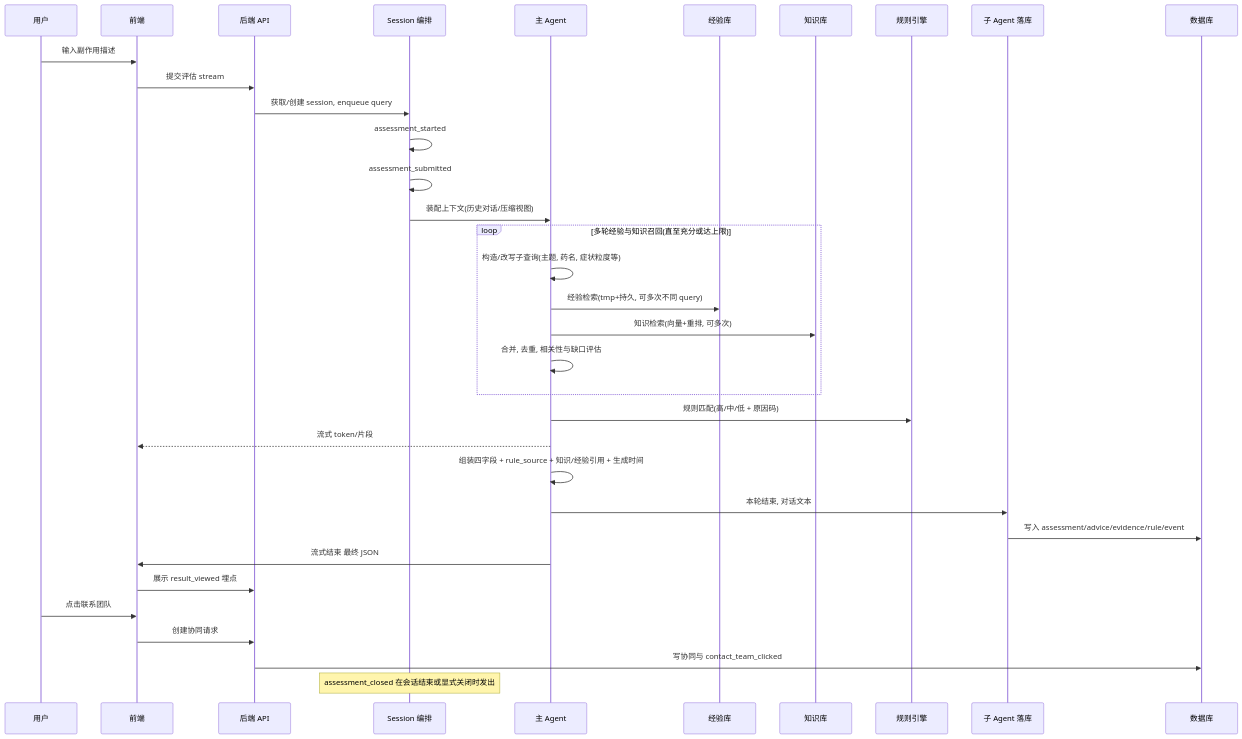
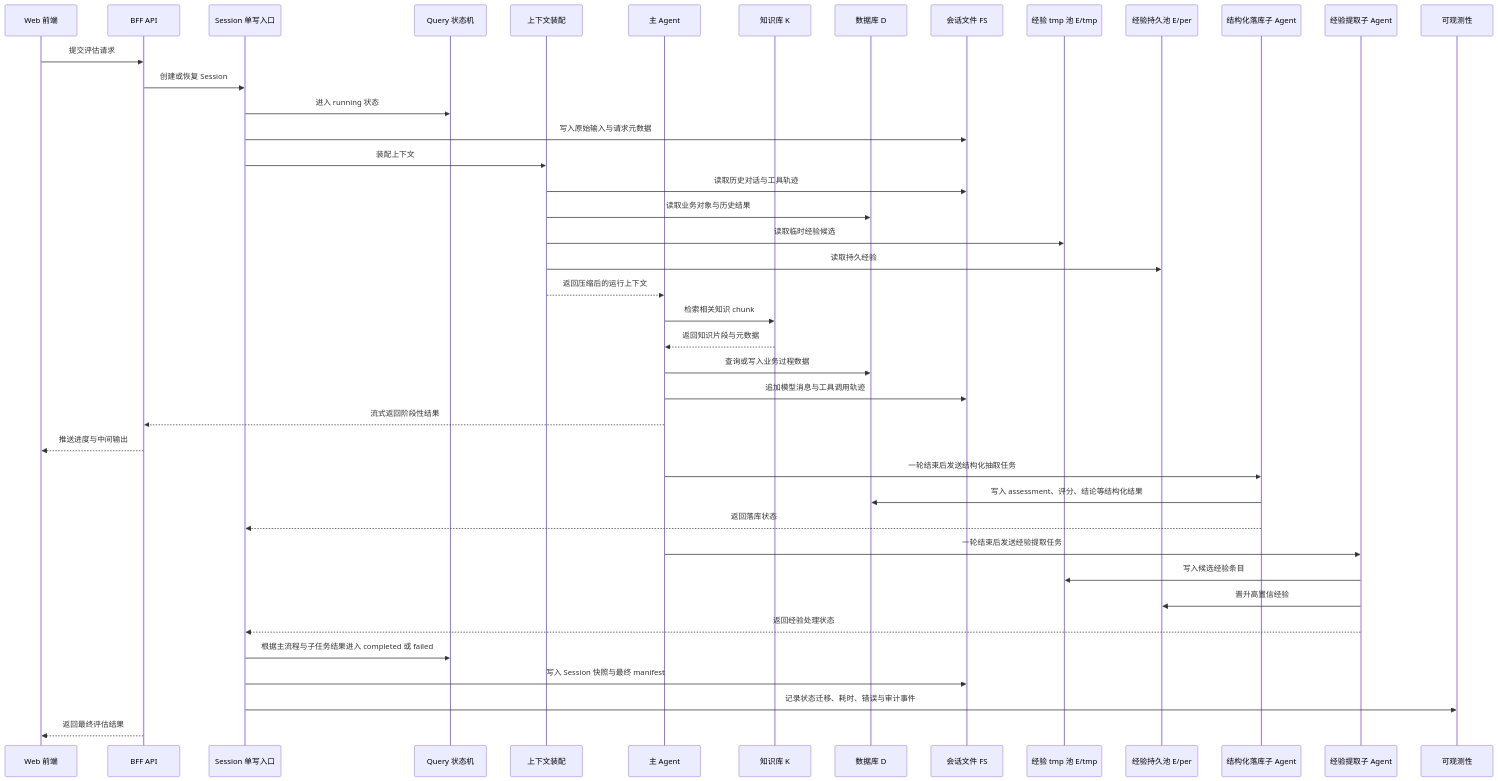
Before and after one commit to LB-Young/SZ: the second of 2 diagrams in docs/Architecture-Design.md, drawn with Mermaid. The commit also changed other lines of this file and 10 other files, not shown here.

````diff
--- a/docs/Architecture-Design.md
+++ b/docs/Architecture-Design.md
@@ -162,41 +74,49 @@
 ```mermaid
 sequenceDiagram
-  participant U as 用户
-  participant FE as 前端
-  participant API as 后端 API
-  participant S as Session 编排
-  participant A as 主 Agent
-  participant E as 经验库
-  participant K as 知识库
-  participant R as 规则引擎
-  participant P as 子 Agent 落库
-  participant D as 数据库
+  participant UI as Web 前端
+  participant API as BFF API
+  participant SM as Session 单写入口
+  participant FSM as Query 状态机
+  participant CTX as 上下文装配
+  participant MA as 主 Agent
+  participant KB as 知识库 K
+  participant DB as 数据库 D
+  participant FS as 会话文件 FS
+  participant TMP as 经验 tmp 池 E/tmp
+  participant PER as 经验持久池 E/per
+  participant SP as 结构化落库子 Agent
+  participant SE as 经验提取子 Agent
+  participant OBS as 可观测性
 
-  U->>FE: 输入副作用描述
-  FE->>API: 提交评估 stream
-  API->>S: 获取/创建 session, enqueue query
-  S->>S: assessment_started
-  S->>S: assessment_submitted
-  S->>A: 装配上下文(历史对话/压缩视图)
+  UI->>API: 提交评估请求
+  API->>SM: 创建或恢复 Session
+  SM->>FSM: 进入 running 状态
+  SM->>FS: 写入原始输入与请求元数据
+  SM->>CTX: 装配上下文
+  CTX->>FS: 读取历史对话与工具轨迹
+  CTX->>DB: 读取业务对象与历史结果
+  CTX->>TMP: 读取临时经验候选
+  CTX->>PER: 读取持久经验
+  CTX-->>MA: 返回压缩后的运行上下文
 
-  loop 多轮经验与知识召回(直至充分或达上限)
-    A->>A: 构造/改写子查询(主题, 药名, 症状粒度等)
-    A->>E: 经验检索(tmp+持久, 可多次不同 query)
-    A->>K: 知识检索(向量+重排, 可多次)
-    A->>A: 合并, 去重, 相关性与缺口评估
-  end
+  MA->>KB: 检索相关知识 chunk
+  KB-->>MA: 返回知识片段与元数据
+  MA->>DB: 查询或写入业务过程数据
+  MA->>FS: 追加模型消息与工具调用轨迹
+  MA-->>API: 流式返回阶段性结果
+  API-->>UI: 推送进度与中间输出
 
-  A->>R: 规则匹配(高/中/低 + 原因码)
-  A-->>FE: 流式 token/片段
-  A->>A: 组装四字段 + rule_source + 知识/经验引用 + 生成时间
+  MA->>SP: 一轮结束后发送结构化抽取任务
+  SP->>DB: 写入 assessment、评分、结论等结构化结果
+  SP-->>SM: 返回落库状态
 
-  A->>P: 本轮结束, 对话文本
-  P->>D: 写入 assessment/advice/evidence/rule/event
+  MA->>SE: 一轮结束后发送经验提取任务
+  SE->>TMP: 写入候选经验条目
+  SE->>PER: 晋升高置信经验
+  SE-->>SM: 返回经验处理状态
 
-  A->>FE: 流式结束 最终 JSON
-  FE->>API: 展示 result_viewed 埋点
-  U->>FE: 点击联系团队
-  FE->>API: 创建协同请求
-  API->>D: 写协同与 contact_team_clicked
-  Note over S: assessment_closed 在会话结束或显式关闭时发出
+  SM->>FSM: 根据主流程与子任务结果进入 completed 或 failed
+  SM->>FS: 写入 Session 快照与最终 manifest
+  SM->>OBS: 记录状态迁移、耗时、错误与审计事件
+  API-->>UI: 返回最终评估结果
 ```
````
